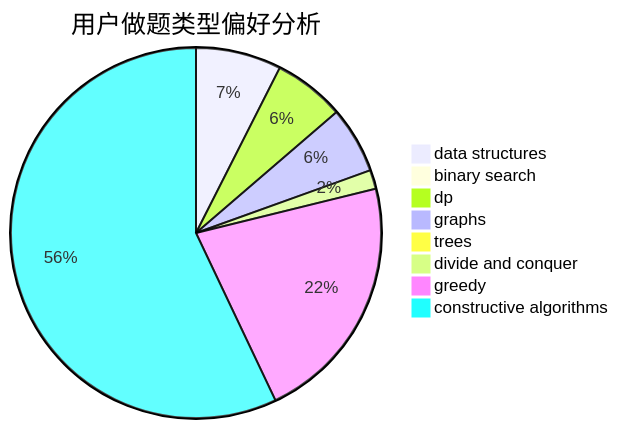
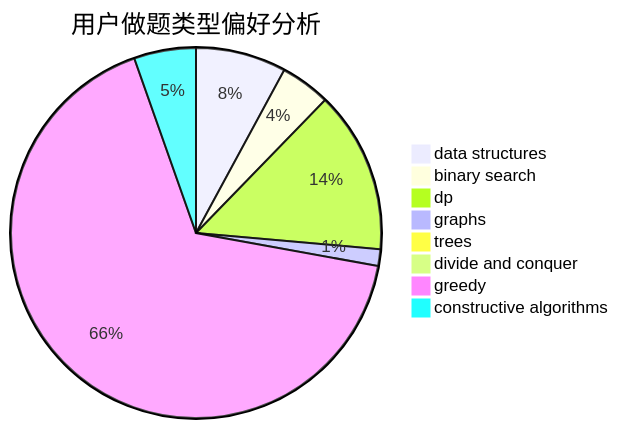
Before and after one commit to sherpahu/cfrs.github.io: the second of 3 diagrams in docs/user/u2637.md, drawn with Mermaid. The commit also changed other lines of this file and 2770 other files, not shown here.

````diff
--- a/docs/user/u2637.md
+++ b/docs/user/u2637.md
@@ -23,11 +23,11 @@
 ```mermaid
 pie title 用户做题类型偏好分析
-    "data structures" :  36
-    "binary search" :  3
-    "dp" :  30
-    "graphs" :  28
-    "trees" :  3
-    "divide and conquer" :  8
-    "greedy" :  105
-    "constructive algorithms" :  275
+    "data structures" :  38
+    "binary search" :  21
+    "dp" :  68
+    "graphs" :  7
+    "trees" :  2
+    "divide and conquer" :  1
+    "greedy" :  321
+    "constructive algorithms" :  26
 ```
````
